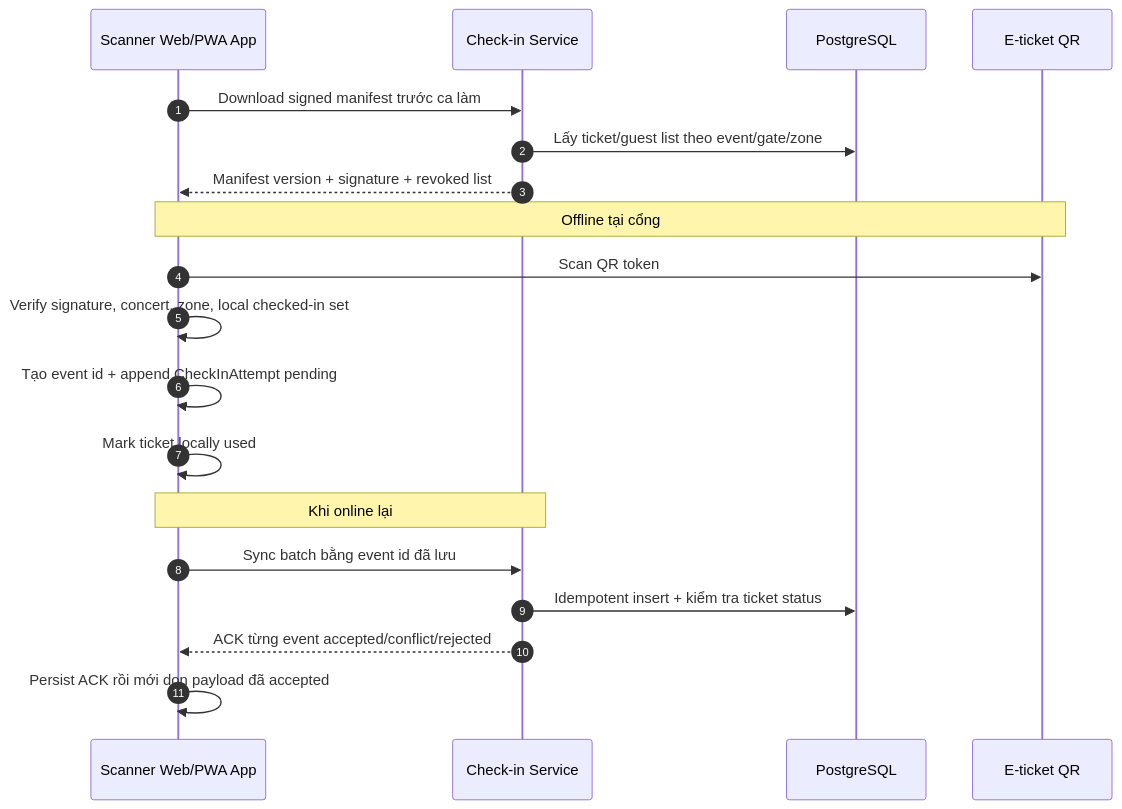
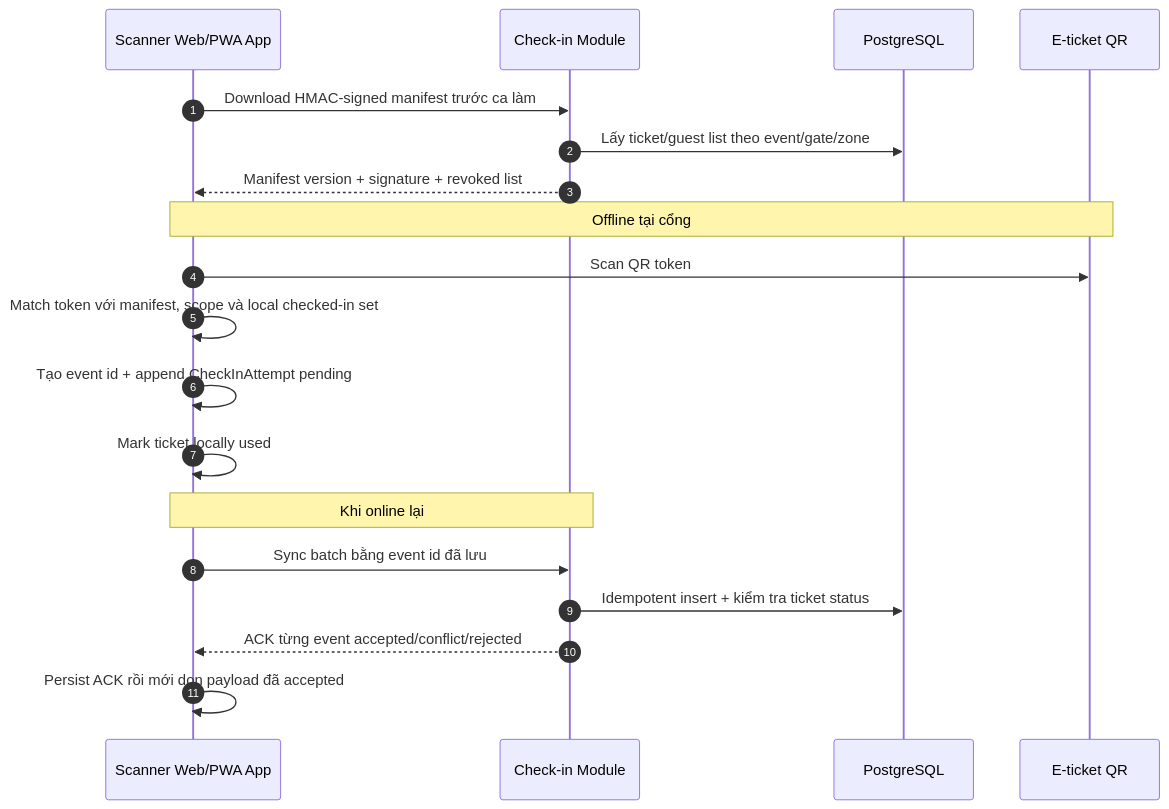
The second of 5 diagrams in blueprint/05-business-flows.md (Toanapr/ticket-box), drawn with Mermaid before and after one commit. The commit also changed other lines of this file and 24 other files, not shown here.

````diff
--- a/blueprint/05-business-flows.md
+++ b/blueprint/05-business-flows.md
@@ -55,24 +55,24 @@
 ```mermaid
 sequenceDiagram
     autonumber
     participant App as Scanner Web/PWA App
-    participant Checkin as Check-in Service
+    participant Checkin as Check-in Module
     participant DB as PostgreSQL
     participant QR as E-ticket QR
 
-    App->>Checkin: Download signed manifest trước ca làm
+    App->>Checkin: Download HMAC-signed manifest trước ca làm
     Checkin->>DB: Lấy ticket/guest list theo event/gate/zone
     Checkin-->>App: Manifest version + signature + revoked list
 
     Note over App,QR: Offline tại cổng
     App->>QR: Scan QR token
-    App->>App: Verify signature, concert, zone, local checked-in set
+    App->>App: Match token với manifest, scope và local checked-in set
     App->>App: Tạo event id + append CheckInAttempt pending
     App->>App: Mark ticket locally used
 
     Note over App,Checkin: Khi online lại
     App->>Checkin: Sync batch bằng event id đã lưu
     Checkin->>DB: Idempotent insert + kiểm tra ticket status
     Checkin-->>App: ACK từng event accepted/conflict/rejected
     App->>App: Persist ACK rồi mới dọn payload đã accepted
 ```
````
